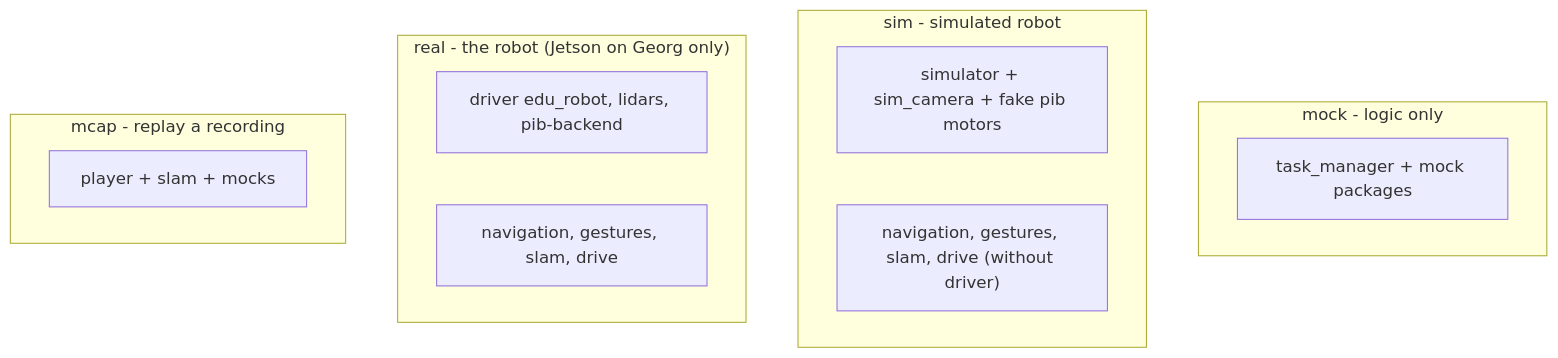
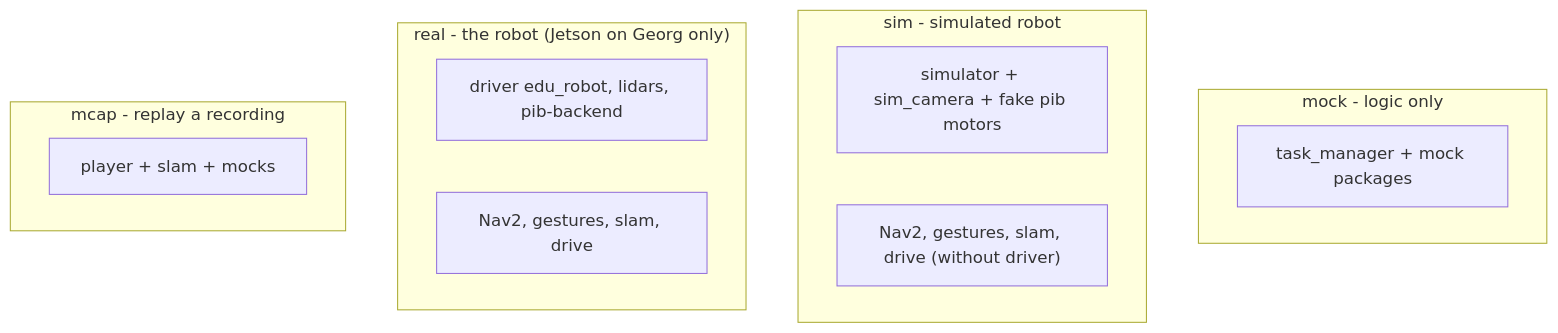
One commit to autonohm/georg_at_home changed the second of 5 diagrams in README.md. Above: the diagram before and after it, drawn with Mermaid. The commit also changed other lines of this file and 46 other files, not shown here.

````diff
--- a/README.md
+++ b/README.md
@@ -87,17 +87,17 @@
 ```mermaid
 flowchart TB
   subgraph mock["mock - logic only"]
     m1["task_manager + mock packages"]
   end
   subgraph sim["sim - simulated robot"]
     s1["simulator + sim_camera + fake pib motors"]
-    s2["navigation, gestures, slam, drive (without driver)"]
+    s2["Nav2, gestures, slam, drive (without driver)"]
   end
   subgraph real["real - the robot (Jetson on Georg only)"]
     r1["driver edu_robot, lidars, pib-backend"]
-    r2["navigation, gestures, slam, drive"]
+    r2["Nav2, gestures, slam, drive"]
   end
   subgraph mcap["mcap - replay a recording"]
     p1["player + slam + mocks"]
   end
 ```
````
